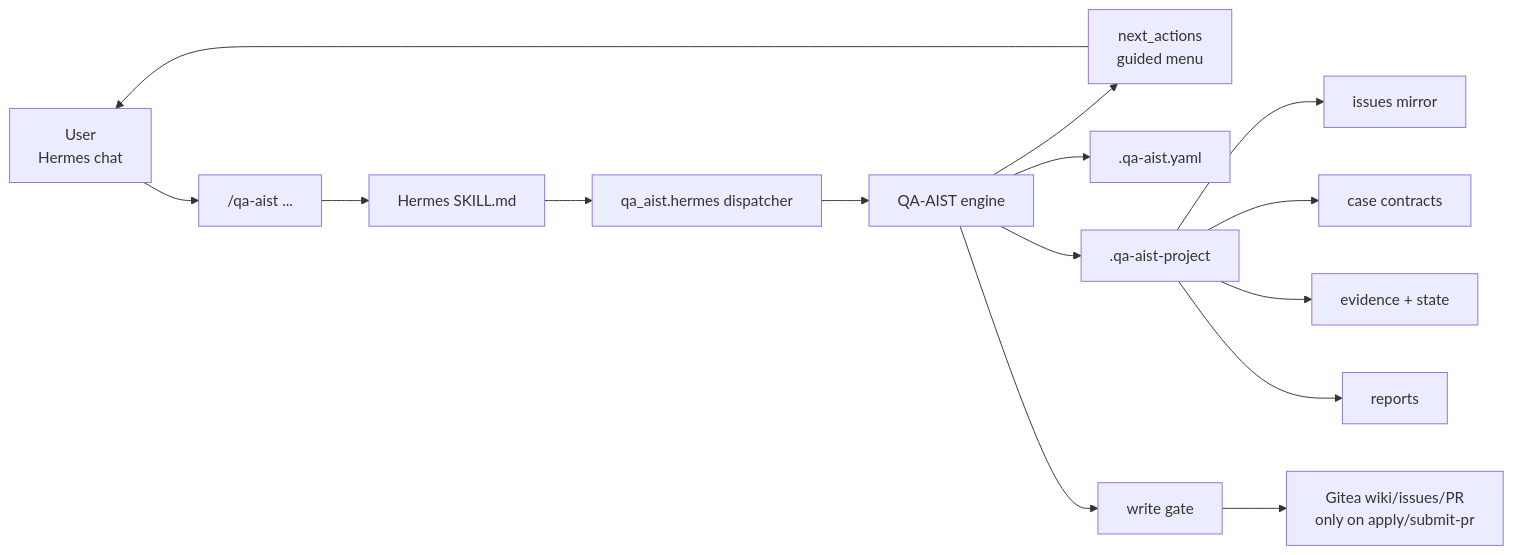
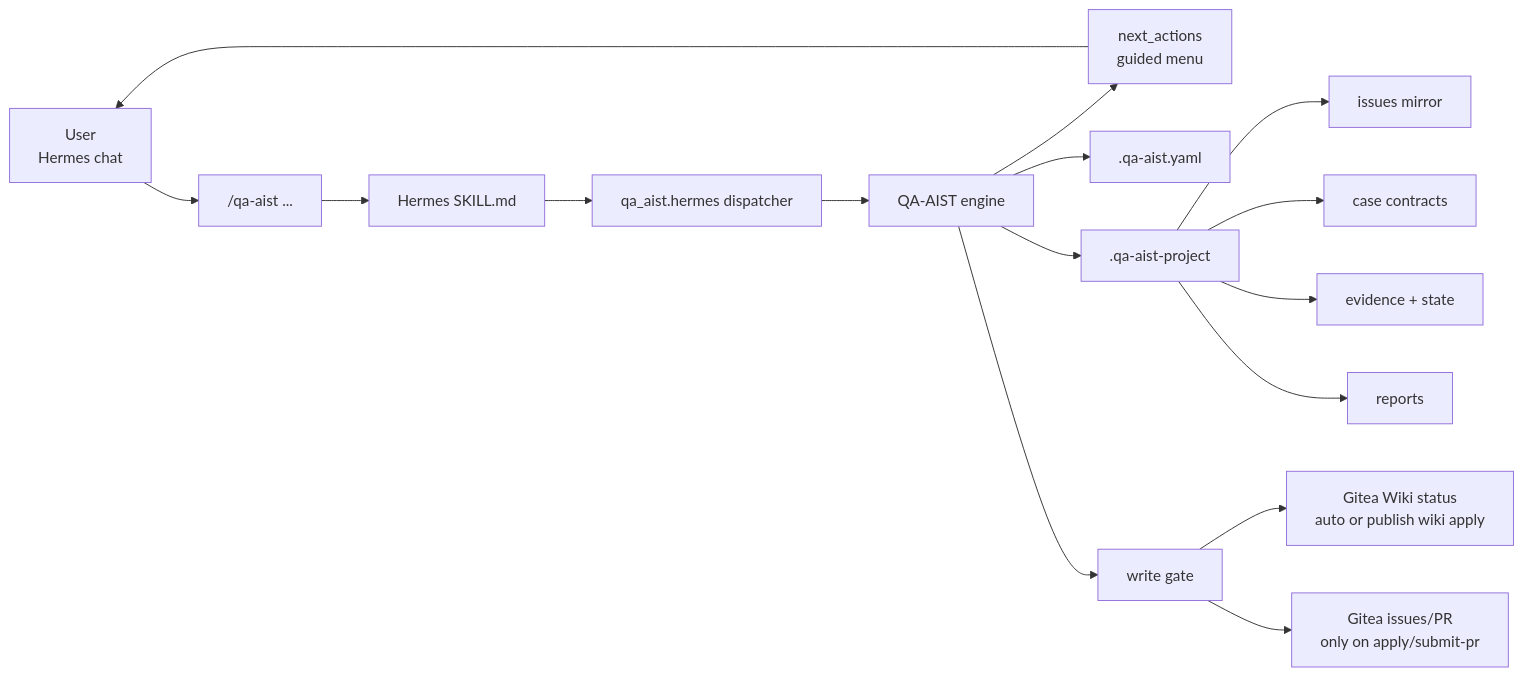
The first of 2 diagrams in README.md (siriChiu/quality-assurance-AI-system-testing), drawn with Mermaid before and after one commit. The commit also changed other lines of this file and 15 other files, not shown here.

````diff
--- a/README.md
+++ b/README.md
@@ -20,17 +20,18 @@
 ```mermaid
 flowchart LR
   user["User<br/>Hermes chat"] --> slash["/qa-aist ..."]
   slash --> skill["Hermes SKILL.md"]
   skill --> dispatcher["qa_aist.hermes dispatcher"]
   dispatcher --> engine["QA-AIST engine"]
   engine --> next["next_actions<br/>guided menu"]
   next --> user
   engine --> cfg[".qa-aist.yaml"]
   engine --> ws[".qa-aist-project"]
   ws --> issues["issues mirror"]
   ws --> cases["case contracts"]
   ws --> evidence["evidence + state"]
   ws --> reports["reports"]
   engine --> gate["write gate"]
-  gate --> gitea["Gitea wiki/issues/PR<br/>only on apply/submit-pr"]
+  gate --> wiki["Gitea Wiki status<br/>auto or publish wiki apply"]
+  gate --> gitea["Gitea issues/PR<br/>only on apply/submit-pr"]
 ```
````
